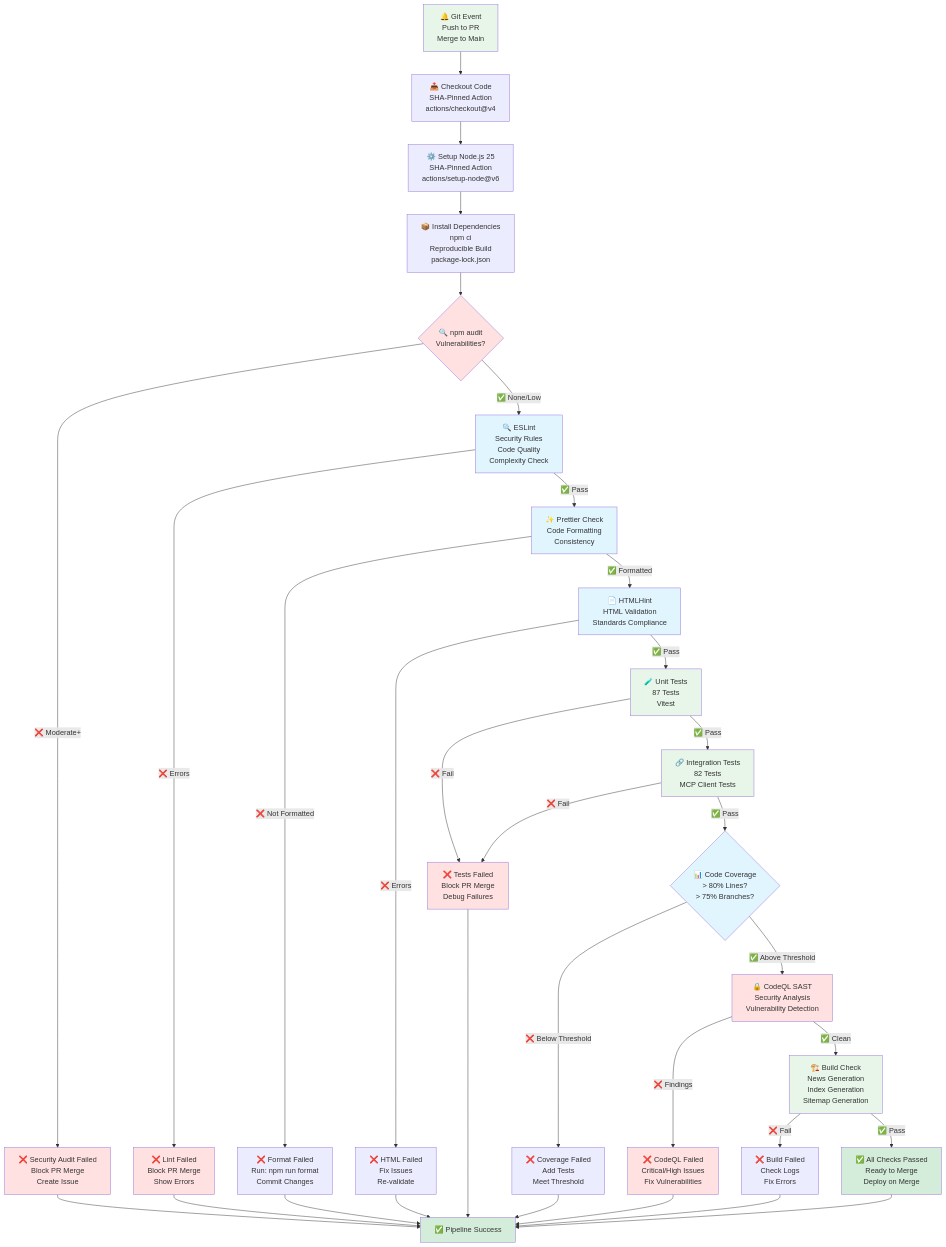
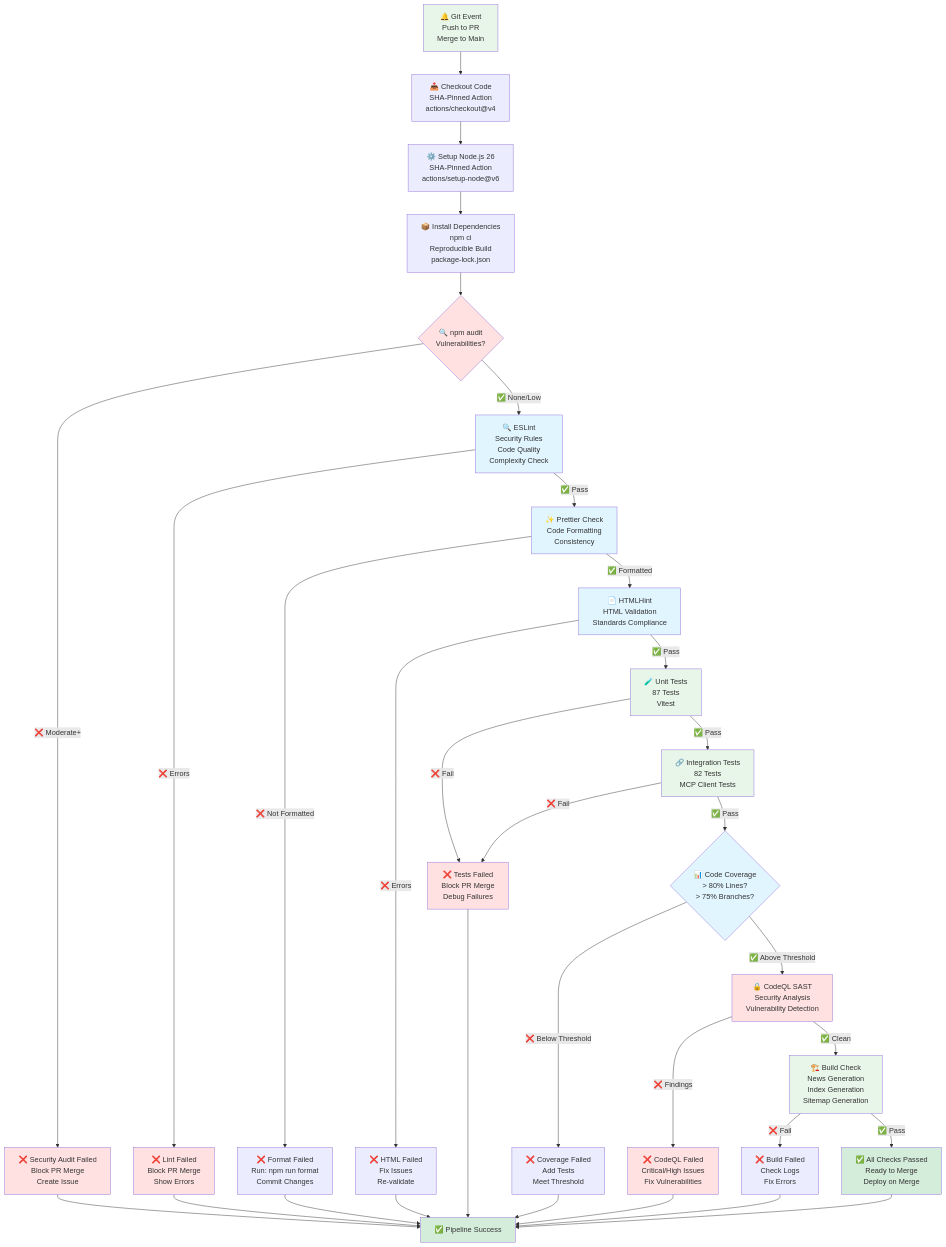
The seventh of 15 diagrams in FLOWCHART.md (Hack23/euparliamentmonitor), drawn with Mermaid before and after one commit. The commit also changed other lines of this file and 99 other files, not shown here.

````diff
--- a/FLOWCHART.md
+++ b/FLOWCHART.md
@@ -389,64 +389,64 @@
 ```mermaid
 flowchart TD
     Trigger[🔔 Git Event<br/>Push to PR<br/>Merge to Main] --> Checkout[📥 Checkout Code<br/>SHA-Pinned Action<br/>actions/checkout@v4]
 
-    Checkout --> SetupNode[⚙️ Setup Node.js 25<br/>SHA-Pinned Action<br/>actions/setup-node@v6]
+    Checkout --> SetupNode[⚙️ Setup Node.js 26<br/>SHA-Pinned Action<br/>actions/setup-node@v6]
 
     SetupNode --> InstallDeps[📦 Install Dependencies<br/>npm ci<br/>Reproducible Build<br/>package-lock.json]
 
     InstallDeps --> SecurityAudit{🔍 npm audit<br/>Vulnerabilities?}
 
     SecurityAudit -->|❌ Moderate+| AuditFail[❌ Security Audit Failed<br/>Block PR Merge<br/>Create Issue]
     SecurityAudit -->|✅ None/Low| Lint[🔍 ESLint<br/>Security Rules<br/>Code Quality<br/>Complexity Check]
 
     Lint -->|❌ Errors| LintFail[❌ Lint Failed<br/>Block PR Merge<br/>Show Errors]
     Lint -->|✅ Pass| Format[✨ Prettier Check<br/>Code Formatting<br/>Consistency]
 
     Format -->|❌ Not Formatted| FormatFail[❌ Format Failed<br/>Run: npm run format<br/>Commit Changes]
     Format -->|✅ Formatted| HTMLHint[📄 HTMLHint<br/>HTML Validation<br/>Standards Compliance]
 
     HTMLHint -->|❌ Errors| HTMLFail[❌ HTML Failed<br/>Fix Issues<br/>Re-validate]
     HTMLHint -->|✅ Pass| UnitTests[🧪 Unit Tests<br/>87 Tests<br/>Vitest]
 
     UnitTests -->|❌ Fail| TestFail[❌ Tests Failed<br/>Block PR Merge<br/>Debug Failures]
     UnitTests -->|✅ Pass| IntegrationTests[🔗 Integration Tests<br/>82 Tests<br/>MCP Client Tests]
 
     IntegrationTests -->|❌ Fail| TestFail
     IntegrationTests -->|✅ Pass| Coverage{📊 Code Coverage<br/>&gt; 80% Lines?<br/>&gt; 75% Branches?}
 
     Coverage -->|❌ Below Threshold| CoverageFail[❌ Coverage Failed<br/>Add Tests<br/>Meet Threshold]
     Coverage -->|✅ Above Threshold| CodeQL[🔒 CodeQL SAST<br/>Security Analysis<br/>Vulnerability Detection]
 
     CodeQL -->|❌ Findings| CodeQLFail[❌ CodeQL Failed<br/>Critical/High Issues<br/>Fix Vulnerabilities]
     CodeQL -->|✅ Clean| BuildCheck[🏗️ Build Check<br/>News Generation<br/>Index Generation<br/>Sitemap Generation]
 
     BuildCheck -->|❌ Fail| BuildFail[❌ Build Failed<br/>Check Logs<br/>Fix Errors]
     BuildCheck -->|✅ Pass| Approve[✅ All Checks Passed<br/>Ready to Merge<br/>Deploy on Merge]
 
     AuditFail --> End[❌ Pipeline Failed]
     LintFail --> End
     FormatFail --> End
     HTMLFail --> End
     TestFail --> End
     CoverageFail --> End
     CodeQLFail --> End
     BuildFail --> End
     Approve --> End[✅ Pipeline Success]
 
     style Trigger fill:#e8f5e9
     style SecurityAudit fill:#ffe1e1
     style Lint fill:#e1f5ff
     style Format fill:#e1f5ff
     style HTMLHint fill:#e1f5ff
     style UnitTests fill:#e8f5e9
     style IntegrationTests fill:#e8f5e9
     style Coverage fill:#e1f5ff
     style CodeQL fill:#ffe1e1
     style BuildCheck fill:#e8f5e9
     style Approve fill:#d4edda
     style End fill:#d4edda
     style AuditFail fill:#ffe1e1
     style LintFail fill:#ffe1e1
     style TestFail fill:#ffe1e1
     style CodeQLFail fill:#ffe1e1
 ```
````
